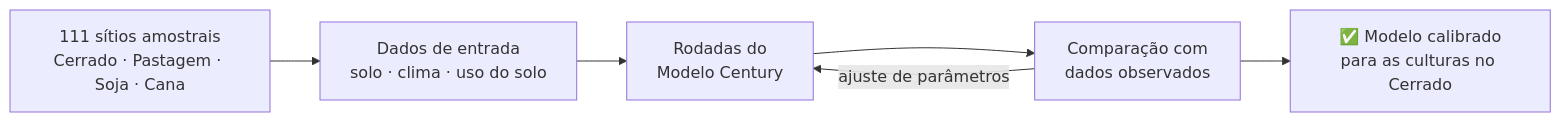
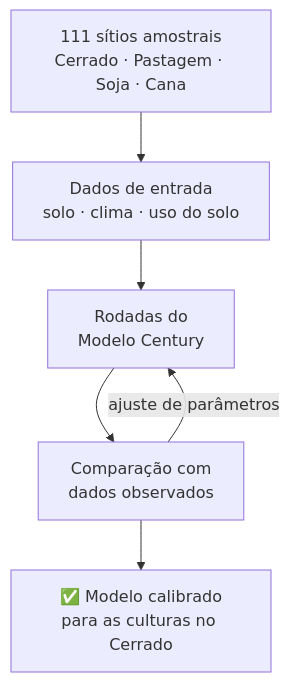
Before and after one commit to FelipeJesusRemoteSensing/CarbonProgram: the diagram in docs/mds/referencias_conceituais.md, drawn with Mermaid.

````diff
--- a/docs/mds/referencias_conceituais.md
+++ b/docs/mds/referencias_conceituais.md
@@ -26,9 +26,9 @@
 ```mermaid
-flowchart LR
+flowchart TD
     classDef node font-size:16px
     A[111 sítios amostrais<br>Cerrado · Pastagem · Soja · Cana] --> B[Dados de entrada<br>solo · clima · uso do solo]
     B --> C[Rodadas do<br>Modelo Century]
     C --> D[Comparação com<br>dados observados]
     D -->|ajuste de parâmetros| C
     D --> E[✅ Modelo calibrado<br>para as culturas no Cerrado]
 ```
````
